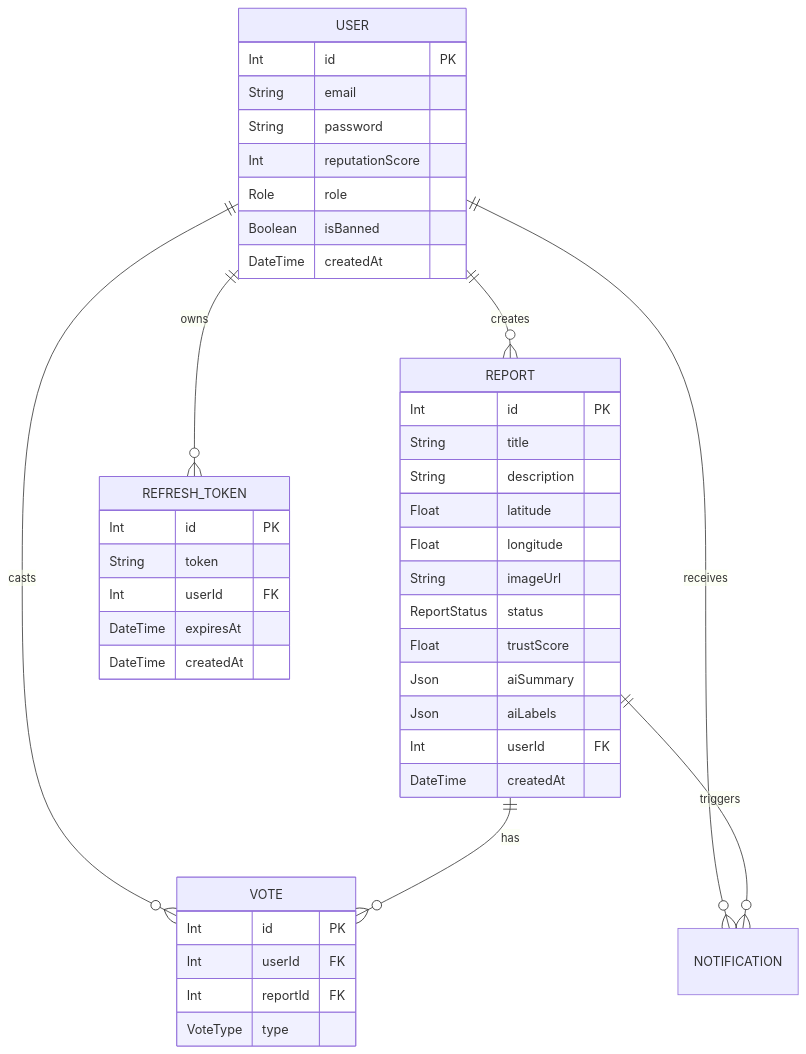
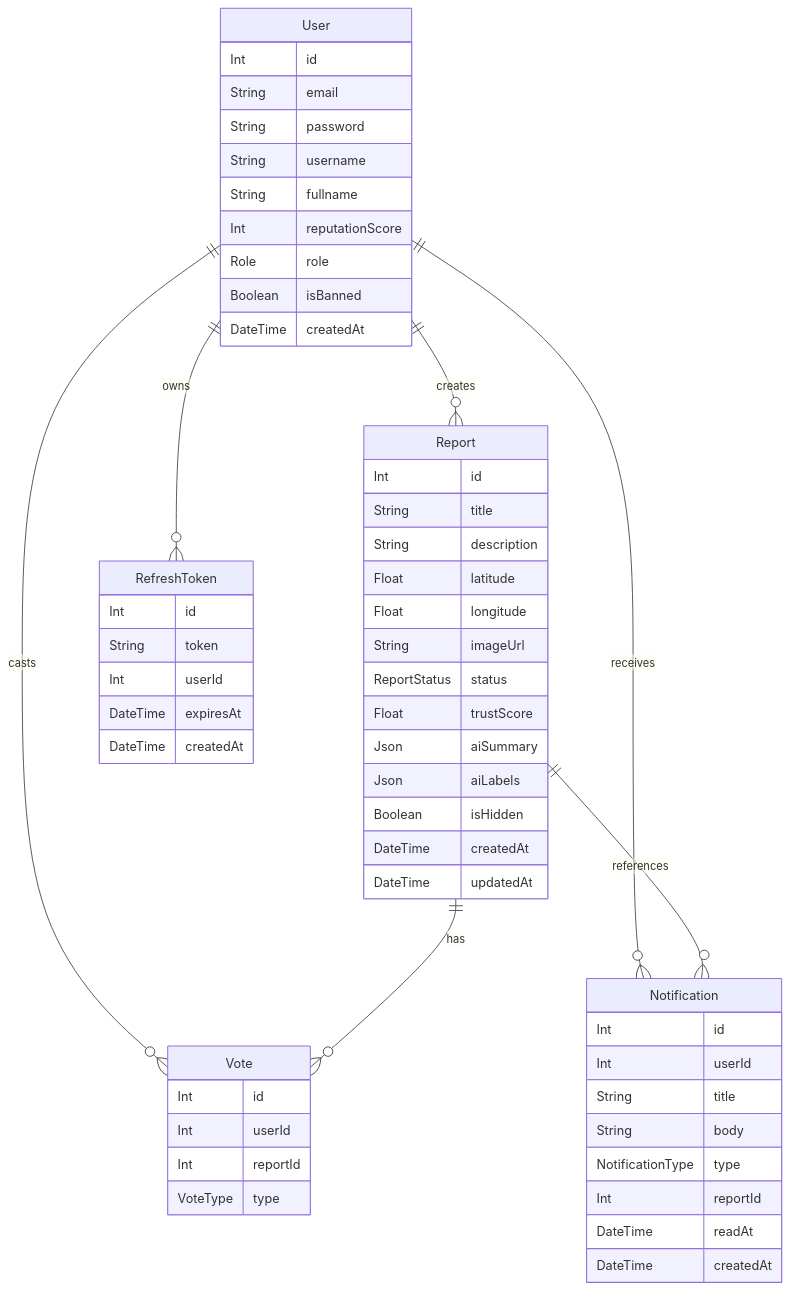
The second of 5 diagrams in SYSTEM_ARCHITECTURE.md (vitquaycay-cmd/urbanguard), drawn with Mermaid before and after one commit. The commit also changed other lines of this file and 18 other files, not shown here.

````diff
--- a/SYSTEM_ARCHITECTURE.md
+++ b/SYSTEM_ARCHITECTURE.md
@@ -275,49 +105,63 @@
 ```mermaid
 erDiagram
-  USER ||--o{ REPORT : creates
-  USER ||--o{ VOTE : casts
-  USER ||--o{ NOTIFICATION : receives
-  USER ||--o{ REFRESH_TOKEN : owns
-  REPORT ||--o{ VOTE : has
-  REPORT ||--o{ NOTIFICATION : triggers
+  User ||--o{ Report : creates
+  User ||--o{ Vote : casts
+  User ||--o{ Notification : receives
+  User ||--o{ RefreshToken : owns
+  Report ||--o{ Vote : has
+  Report ||--o{ Notification : references
 
-  USER {
-    Int id PK
+  User {
+    Int id
     String email
     String password
+    String username
+    String fullname
     Int reputationScore
     Role role
     Boolean isBanned
     DateTime createdAt
   }
 
-  REPORT {
-    Int id PK
+  Report {
+    Int id
     String title
     String description
     Float latitude
     Float longitude
     String imageUrl
     ReportStatus status
     Float trustScore
     Json aiSummary
     Json aiLabels
-    Int userId FK
+    Boolean isHidden
+    DateTime createdAt
+    DateTime updatedAt
+  }
+
+  Vote {
+    Int id
+    Int userId
+    Int reportId
+    VoteType type
+  }
+
+  Notification {
+    Int id
+    Int userId
+    String title
+    String body
+    NotificationType type
+    Int reportId
+    DateTime readAt
     DateTime createdAt
   }
 
-  REFRESH_TOKEN {
-    Int id PK
+  RefreshToken {
+    Int id
     String token
-    Int userId FK
+    Int userId
     DateTime expiresAt
     DateTime createdAt
   }
-
-  VOTE {
-    Int id PK
-    Int userId FK
-    Int reportId FK
-    VoteType type
-  }
 ```
````
